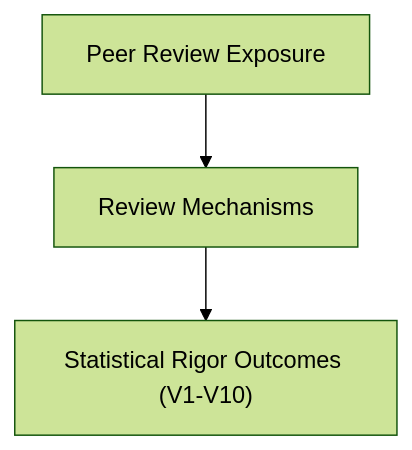
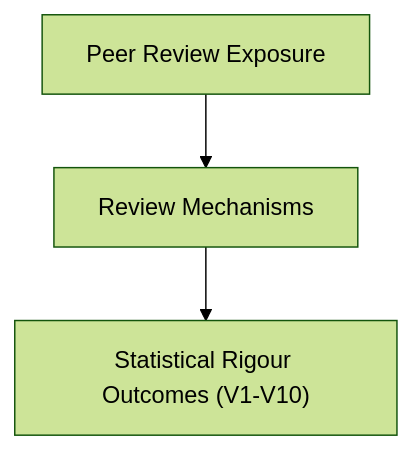
The second of 4 diagrams in docs/peer_review_planning_document.md (UofC-Research/peer-review), drawn with Mermaid (forest theme) before and after one commit. The commit also changed other lines of this file and 6 other files, not shown here.

````diff
--- a/docs/peer_review_planning_document.md
+++ b/docs/peer_review_planning_document.md
@@ -159,5 +146,5 @@
 ```mermaid
 flowchart TD
 PR["Peer Review Exposure"] --> MECH["Review Mechanisms"]
-    MECH --> Y["Statistical Rigor Outcomes (V1-V10)"]
+    MECH --> Y["Statistical Rigour Outcomes (V1-V10)"]
 ```
````
